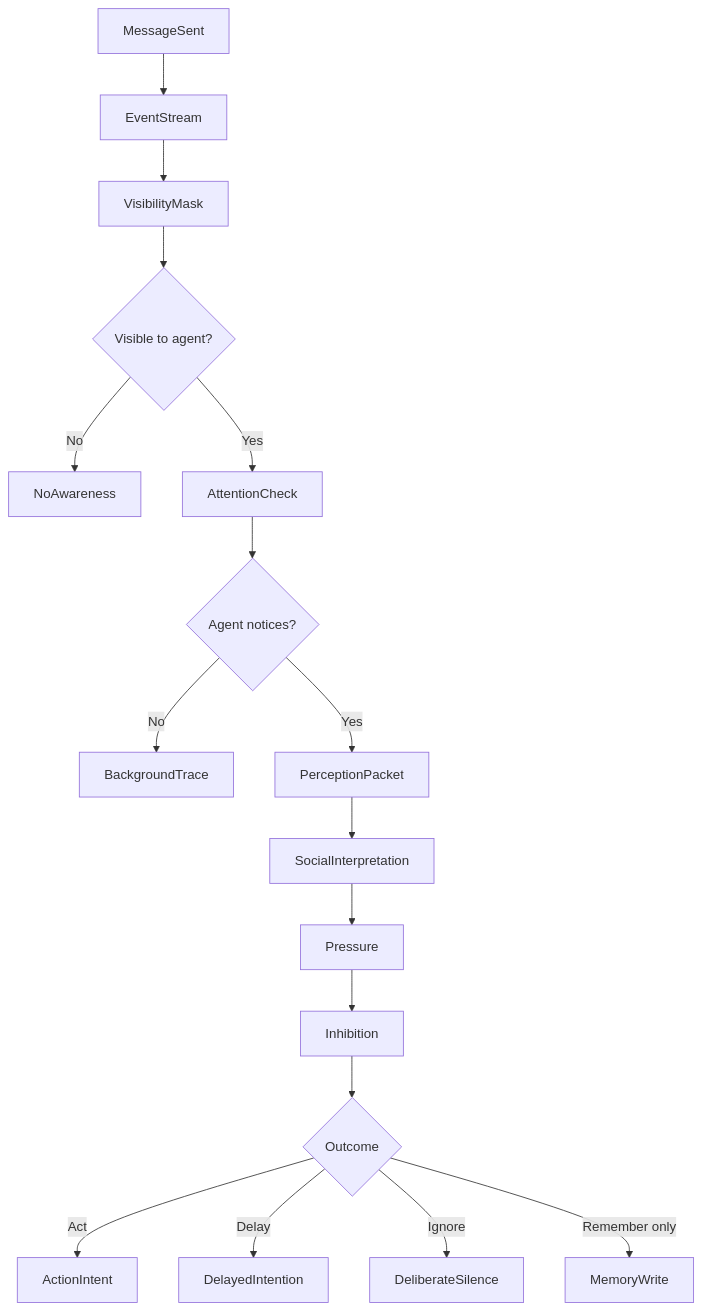
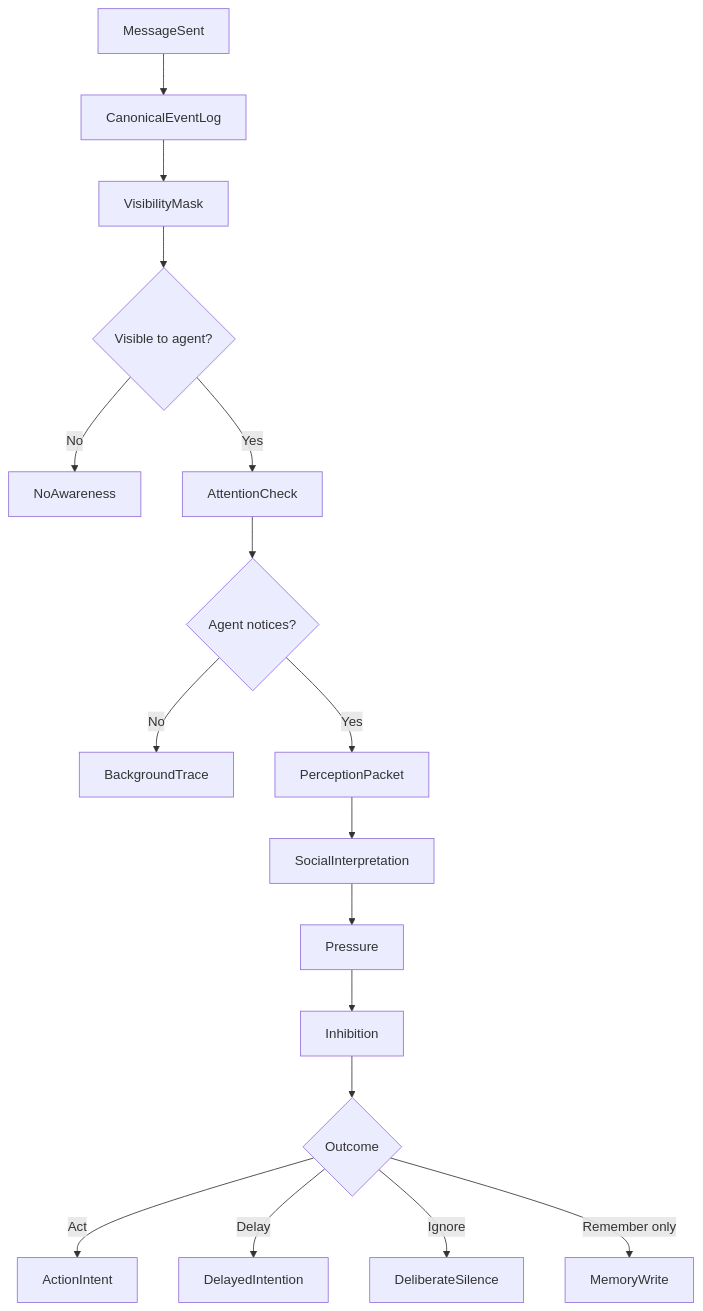
Before and after one commit to caiotheodoro/perfectman: the fourth of 19 diagrams in docs/architecture/social-presence.md, drawn with Mermaid. The commit also changed other lines of this file and 12 other files, not shown here.

Commit message:
docs: align LLM runtime with delivery architecture

````diff
--- a/docs/architecture/social-presence.md
+++ b/docs/architecture/social-presence.md
@@ -162,19 +170,19 @@
 ```mermaid
 flowchart TD
-    messageSent[MessageSent] --> eventStream[EventStream]
-    eventStream --> visibilityMask[VisibilityMask]
+    messageSent[MessageSent] --> eventLog[CanonicalEventLog]
+    eventLog --> visibilityMask[VisibilityMask]
     visibilityMask --> agentVisible{Visible to agent?}
     agentVisible -->|No| noAwareness[NoAwareness]
     agentVisible -->|Yes| attentionCheck[AttentionCheck]
     attentionCheck --> noticed{Agent notices?}
     noticed -->|No| backgroundTrace[BackgroundTrace]
     noticed -->|Yes| perceptionPacket[PerceptionPacket]
     perceptionPacket --> interpretation[SocialInterpretation]
     interpretation --> pressure[Pressure]
     pressure --> inhibition[Inhibition]
     inhibition --> outcome{Outcome}
     outcome -->|Act| actionIntent[ActionIntent]
     outcome -->|Delay| delayedIntention[DelayedIntention]
     outcome -->|Ignore| deliberateSilence[DeliberateSilence]
     outcome -->|Remember only| memoryWrite[MemoryWrite]
 ```
````
